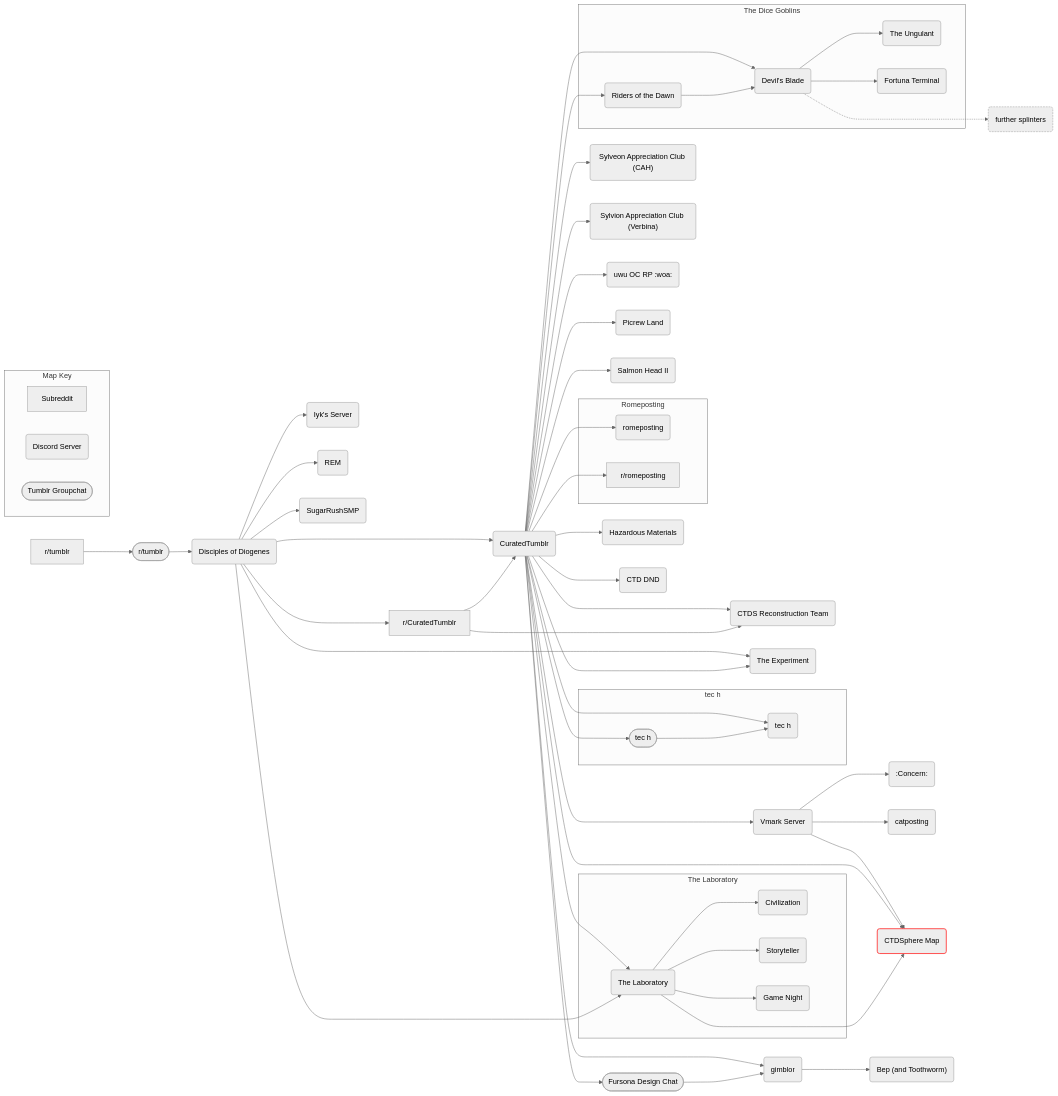
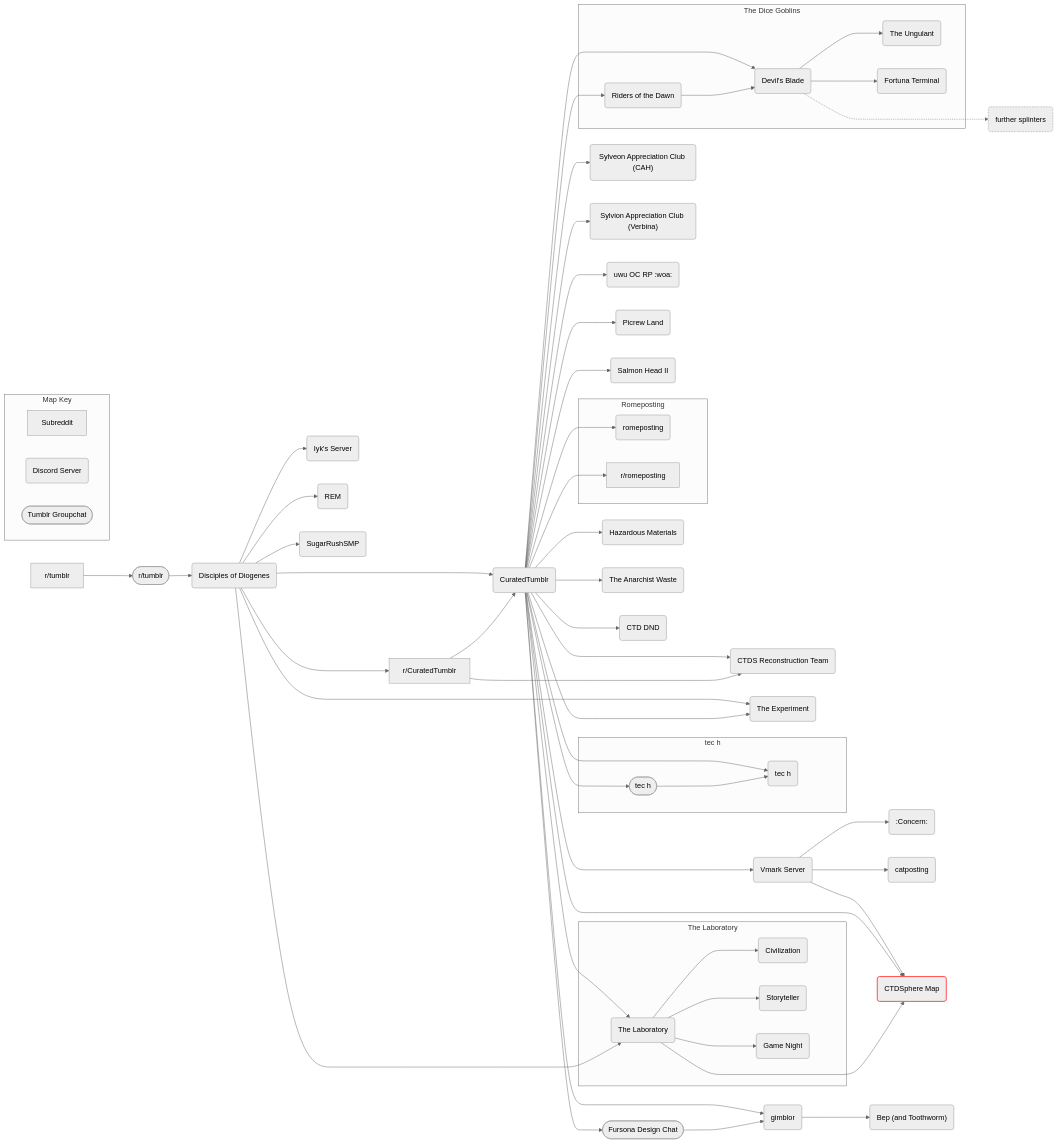
One commit to AnGenericAccount/CTDSphere-Map changed the diagram in Map.md. Above: the diagram before and after it, drawn with Mermaid (neutral theme).

````diff
--- a/Map.md
+++ b/Map.md
@@ -1,66 +1,67 @@
 ```mermaid
 flowchart LR
     tumblr[r/tumblr]-->groupchat([r/tumblr])
     groupchat-->DoD(Disciples of Diogenes)
     DoD--->subreddit[r/CuratedTumblr]
     DoD-->CTDS(CuratedTumblr)
     subreddit-->CTDS
     DoD-->Iyk(Iyk's Server)
     DoD-->REM(REM)
     DoD-->Sugar(SugarRushSMP)
     CTDS--->reconstruction(CTDS Reconstruction Team)
     subreddit-->reconstruction
     CTDS-->lab(The Laboratory)
     DoD-->lab
     subgraph Laboratory [The Laboratory]
         lab-->Civilization(Civilization)
         lab-->Storyteller(Storyteller)
         lab-->Game(Game Night)
     end
     DoD-->Experiment(The Experiment)
     CTDS--->Experiment
     CTDS-->CAH("Sylveon Appreciation Club (CAH)")
     CTDS-->Verbina("Sylvion Appreciation Club (Verbina)")
     CTDS-->tech(tec h)
     CTDS-->techchat([tec h])
     subgraph tec[tec h]
         techchat-->tech
     end
     CTDS-->RP(uwu OC RP :woa:)
     CTDS-->picrew(Picrew Land)
     CTDS-->salmon(Salmon Head II)
     CTDS-->Vmark(Vmark Server)
     Vmark-->concern(:Concern:)
     Vmark-->catposting(catposting)
     Vmark-->sphere("CTDSphere Map")
     style sphere stroke:#f44,stroke-width:2px
     CTDS-->sphere
     lab--->sphere
     CTDS-->gimblor(gimblor)
     CTDS-->fursona([Fursona Design Chat])
     fursona-->gimblor
     gimblor-->bep("Bep (and Toothworm)")
     subgraph Romeposting
         rome(romeposting)
         romesub[r/romeposting]
     end
     CTDS-->rome
     CTDS-->romesub
     CTDS-->hazard(Hazardous Materials)
+    CTDS-->anarchist(The Anarchist Waste)
     CTDS-->DND(CTD DND)
     CTDS-->dawn(Riders of the Dawn)
     CTDS-->blade(Devil's Blade)
     subgraph riders[The Dice Goblins]
         dawn-->blade
         blade-->ungulant(The Ungulant)
         blade-->terminal(Fortuna Terminal)   
     end
     blade-..->further(further splinters)
     style further stroke-dasharray:4 2
     subgraph Key [Map Key]
         direction LR
         sub[Subreddit]
         discord(Discord Server)
         chat([Tumblr Groupchat])
     end
 ```
````
